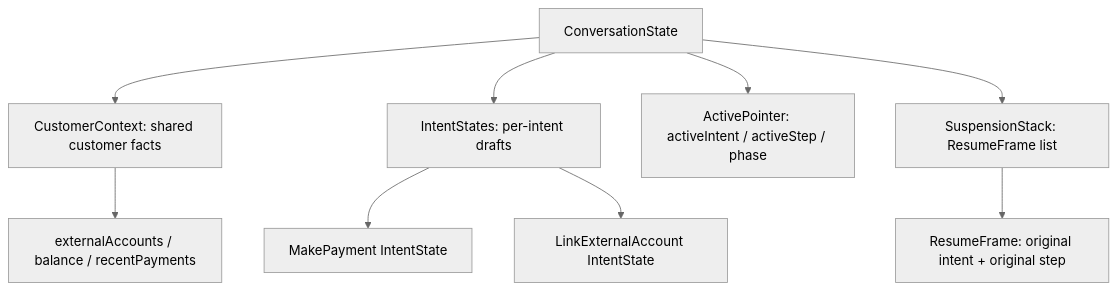
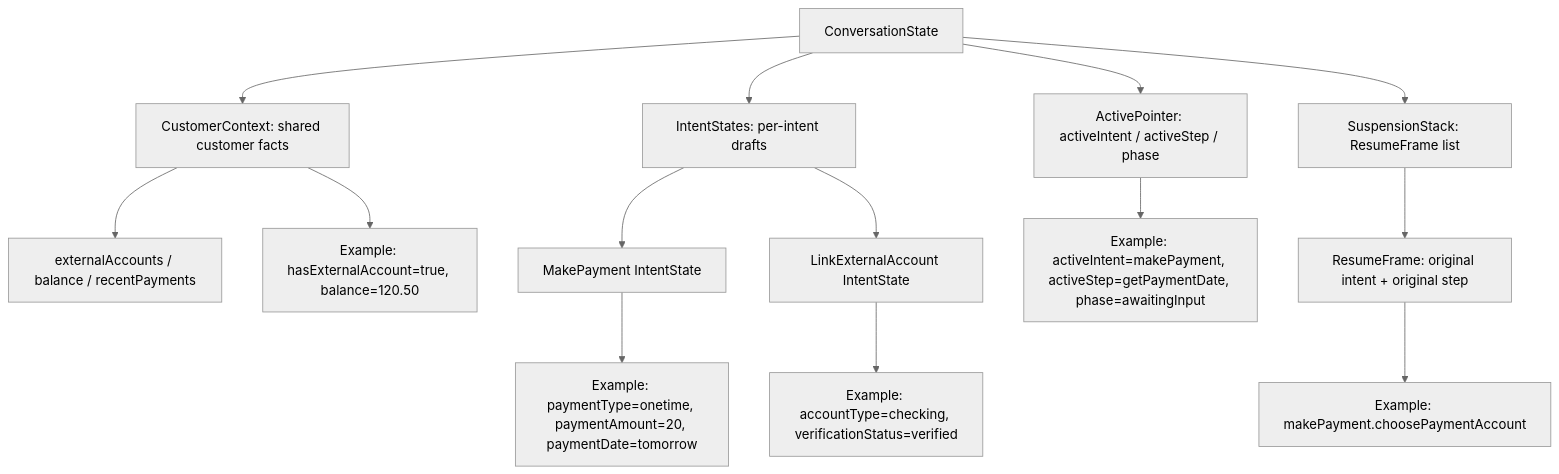
The sixth of 8 diagrams in docs/superpowers/specs/2026-06-07-intent-step-orchestration-confluence.md (fghjkl007/adk-go-company-model-integration), drawn with Mermaid (neutral theme) before and after one commit. The commit also changed other lines of this file, not shown here.

Commit message:
docs: add state examples to confluence diagrams

````diff
--- a/docs/superpowers/specs/2026-06-07-intent-step-orchestration-confluence.md
+++ b/docs/superpowers/specs/2026-06-07-intent-step-orchestration-confluence.md
@@ -193,12 +193,17 @@
 ```mermaid
 flowchart TD
   ConversationState["ConversationState"] --> CustomerContext["CustomerContext: shared customer facts"]
   ConversationState --> IntentStates["IntentStates: per-intent drafts"]
   ConversationState --> ActivePointer["ActivePointer: activeIntent / activeStep / phase"]
   ConversationState --> SuspensionStack["SuspensionStack: ResumeFrame list"]
 
   CustomerContext --> Accounts["externalAccounts / balance / recentPayments"]
+  CustomerContext --> CustomerExample["Example: hasExternalAccount=true, balance=120.50"]
   IntentStates --> MakePaymentState["MakePayment IntentState"]
   IntentStates --> LinkAccountState["LinkExternalAccount IntentState"]
+  MakePaymentState --> MakePaymentExample["Example: paymentType=onetime, paymentAmount=20, paymentDate=tomorrow"]
+  LinkAccountState --> LinkAccountExample["Example: accountType=checking, verificationStatus=verified"]
+  ActivePointer --> ActiveExample["Example: activeIntent=makePayment, activeStep=getPaymentDate, phase=awaitingInput"]
   SuspensionStack --> ResumeFrame["ResumeFrame: original intent + original step"]
+  ResumeFrame --> ResumeExample["Example: makePayment.choosePaymentAccount"]
 ```
````
